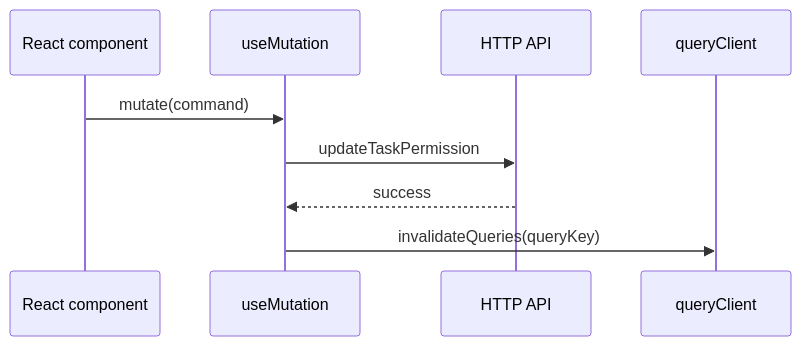
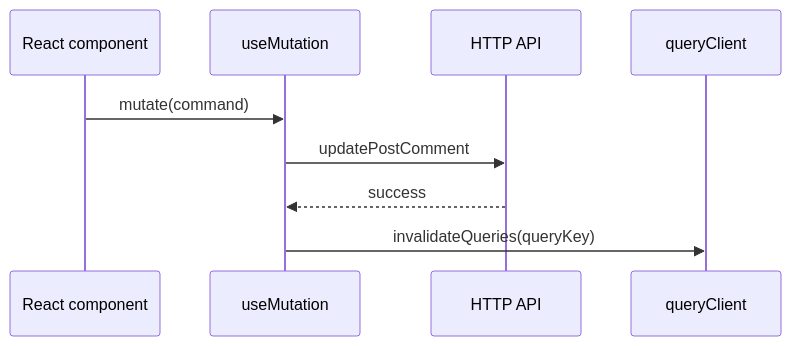
One commit to xndrjs/toolkit changed the second of 3 diagrams in apps/xndrjs-documentation/src/content/docs/blog/from-query-keys-to-application-resource-identifiers.md. Above: the diagram before and after it, drawn with Mermaid. The commit also changed other lines of this file and 3 other files, not shown here.

````diff
--- a/apps/xndrjs-documentation/src/content/docs/blog/from-query-keys-to-application-resource-identifiers.md
+++ b/apps/xndrjs-documentation/src/content/docs/blog/from-query-keys-to-application-resource-identifiers.md
@@ -66,12 +65,12 @@
 ```mermaid
 sequenceDiagram
   participant C as React component
   participant M as useMutation
   participant API as HTTP API
   participant QC as queryClient
 
   C->>M: mutate(command)
-  M->>API: updateTaskPermission
+  M->>API: updatePostComment
   API-->>M: success
   M->>QC: invalidateQueries(queryKey)
 ```
````
